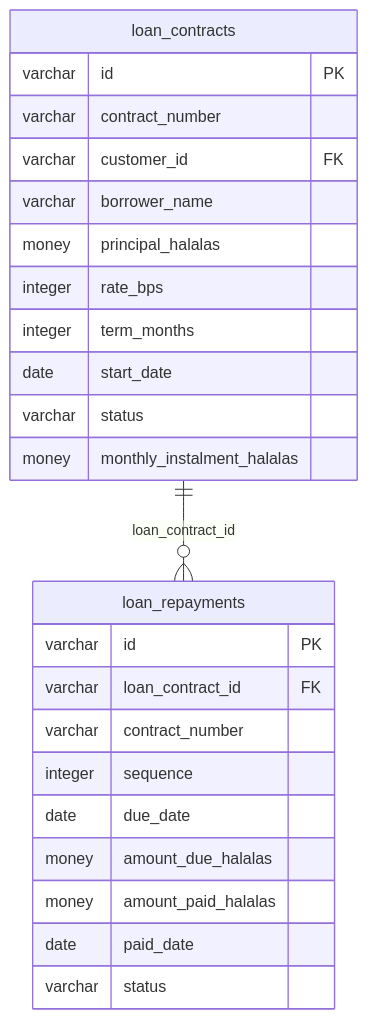
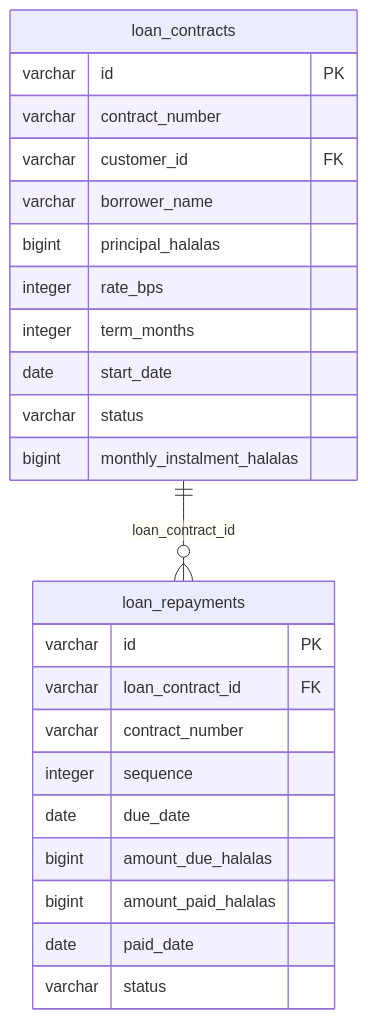
The diagram in docs/33_MASTER_DIAGRAM_LIBRARY/ERD/LOANS_ERD.md (tazamohd/SlClNe), drawn with Mermaid before and after one commit. The commit also changed 76 other files, not shown here.

````diff
--- a/docs/33_MASTER_DIAGRAM_LIBRARY/ERD/LOANS_ERD.md
+++ b/docs/33_MASTER_DIAGRAM_LIBRARY/ERD/LOANS_ERD.md
@@ -15,27 +15,27 @@
 ```mermaid
 erDiagram
   loan_contracts {
     varchar id PK
     varchar contract_number
     varchar customer_id FK
     varchar borrower_name
-    money principal_halalas
+    bigint principal_halalas
     integer rate_bps
     integer term_months
     date start_date
     varchar status
-    money monthly_instalment_halalas
+    bigint monthly_instalment_halalas
   }
   loan_repayments {
     varchar id PK
     varchar loan_contract_id FK
     varchar contract_number
     integer sequence
     date due_date
-    money amount_due_halalas
-    money amount_paid_halalas
+    bigint amount_due_halalas
+    bigint amount_paid_halalas
     date paid_date
     varchar status
   }
   loan_contracts ||--o{ loan_repayments : "loan_contract_id"
 ```
````
